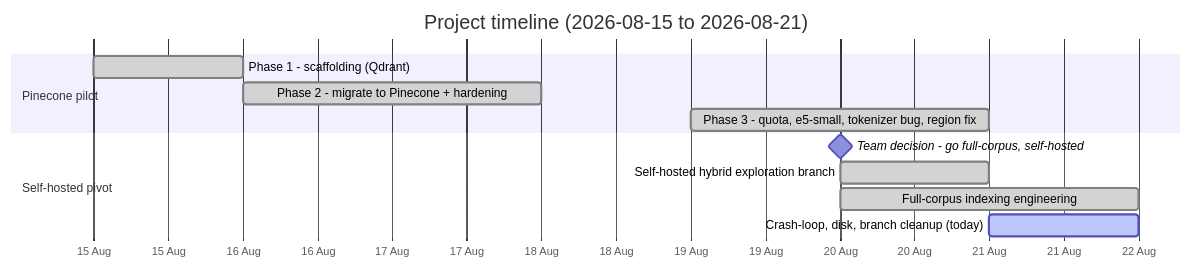
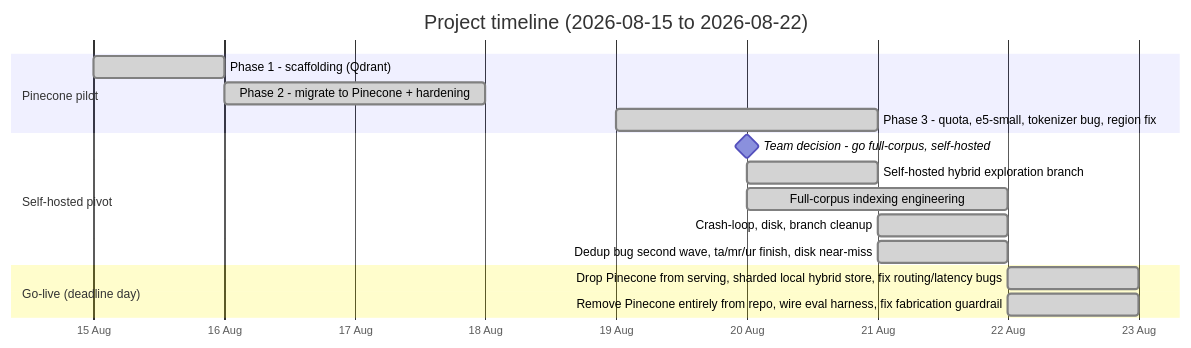
The first of 2 diagrams in README.md (arvus3005/geeks), drawn with Mermaid before and after one commit. The commit also changed other lines of this file, not shown here.

First line of the commit message:
docs: rewrite README for the local-hybrid, Pinecone-free architecture

````diff
--- a/README.md
+++ b/README.md
@@ -77,15 +80,19 @@
 ```mermaid
 gantt
-    title Project timeline (2026-08-15 to 2026-08-21)
+    title Project timeline (2026-08-15 to 2026-08-22)
     dateFormat  YYYY-MM-DD
     axisFormat  %d %b
     section Pinecone pilot
     Phase 1 - scaffolding (Qdrant)      :done, p1, 2026-08-15, 1d
     Phase 2 - migrate to Pinecone + hardening :done, p2, 2026-08-16, 2d
     Phase 3 - quota, e5-small, tokenizer bug, region fix :done, p3, 2026-08-19, 2d
     section Self-hosted pivot
     Team decision - go full-corpus, self-hosted :milestone, m1, 2026-08-20, 0d
     Self-hosted hybrid exploration branch :done, p4, 2026-08-20, 1d
     Full-corpus indexing engineering :done, p5, 2026-08-20, 2d
-    Crash-loop, disk, branch cleanup (today) :active, p6, 2026-08-21, 1d
+    Crash-loop, disk, branch cleanup :done, p6, 2026-08-21, 1d
+    Dedup bug second wave, ta/mr/ur finish, disk near-miss :done, p7, 2026-08-21, 1d
+    section Go-live (deadline day)
+    Drop Pinecone from serving, sharded local hybrid store, fix routing/latency bugs :done, p8, 2026-08-22, 1d
+    Remove Pinecone entirely from repo, wire eval harness, fix fabrication guardrail :done, p9, 2026-08-22, 1d
 ```
````
